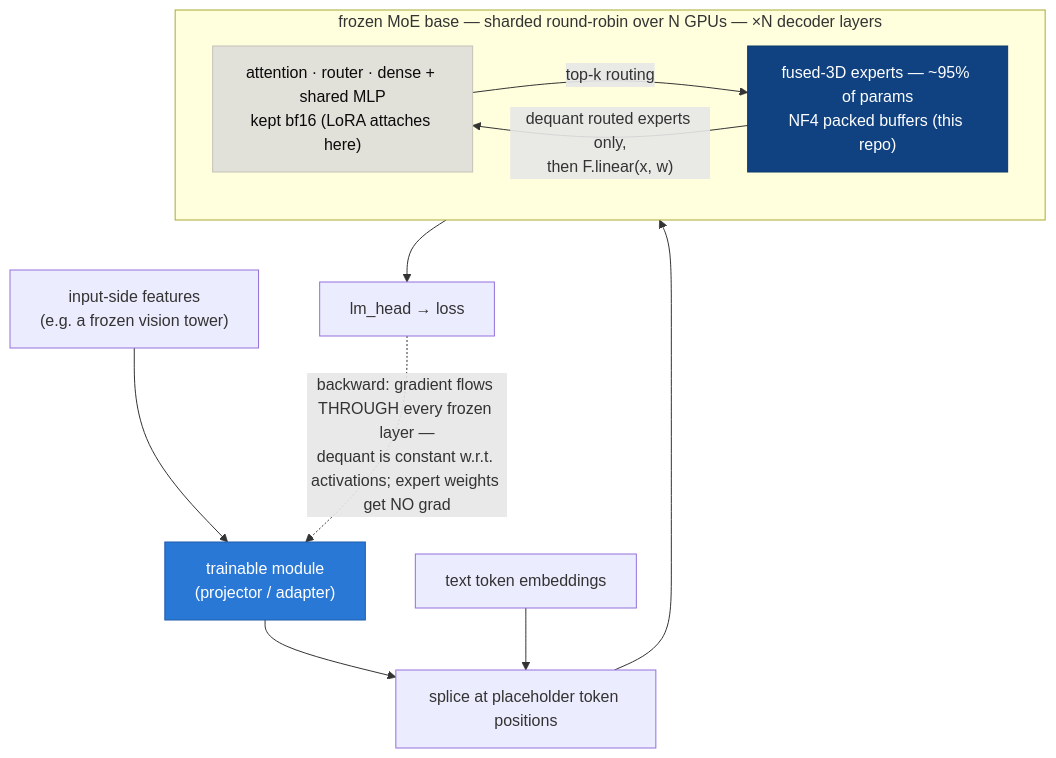
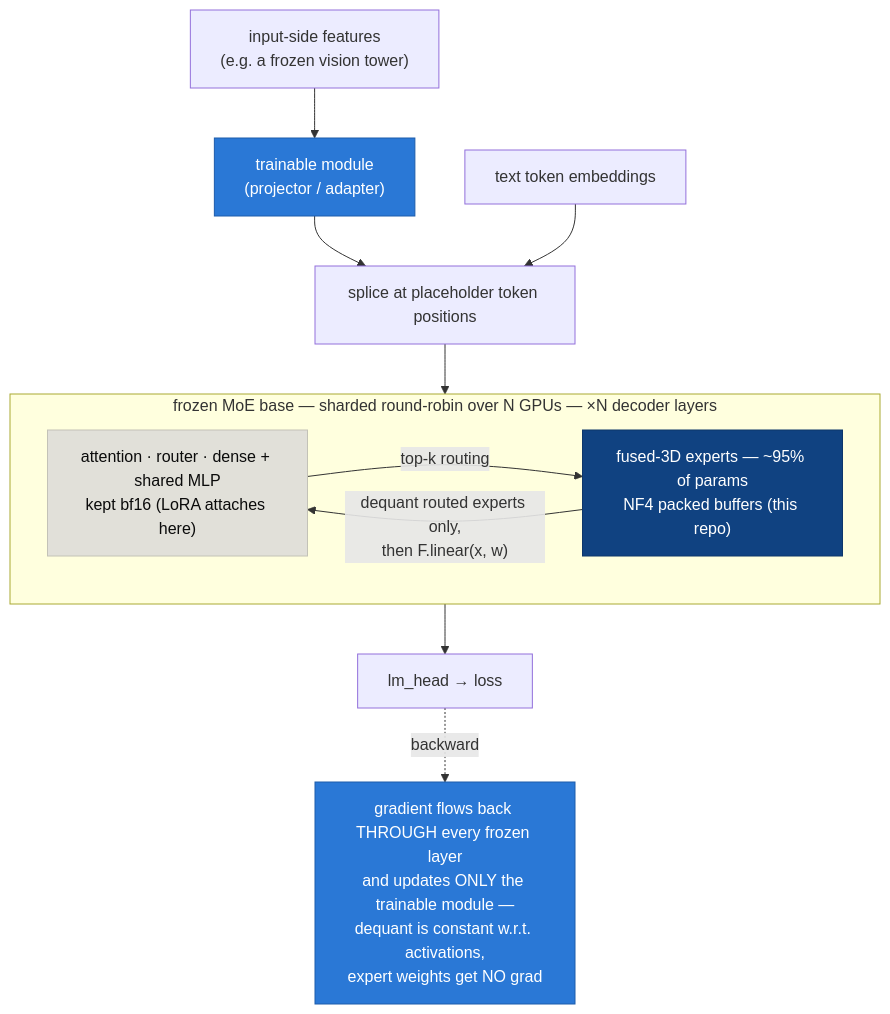
One commit to genonai/nf4moe changed the diagram in README.md. Above: the diagram before and after it, drawn with Mermaid.

Commit message:
README: acyclic diagram layout — backward as a terminal note node so forward reads top-down

````diff
--- a/README.md
+++ b/README.md
@@ -29,23 +29,23 @@
 ```mermaid
 flowchart TB
     VIS["input-side features<br/>(e.g. a frozen vision tower)"] --> PROJ["trainable module<br/>(projector / adapter)"]
     PROJ --> SPL["splice at placeholder token positions"]
     TXT["text token embeddings"] --> SPL
     SPL --> NE
     subgraph BASE["frozen MoE base — sharded round-robin over N GPUs — ×N decoder layers"]
         direction LR
         NE["attention · router · dense + shared MLP<br/>kept bf16 (LoRA attaches here)"]
         EX["fused-3D experts — ~95% of params<br/>NF4 packed buffers (this repo)"]
         NE -- "top-k routing" --> EX
         EX -- "dequant routed experts only,<br/>then F.linear(x, w)" --> NE
     end
     NE --> HEAD["lm_head → loss"]
-    HEAD -. "backward: gradient flows THROUGH every frozen layer —<br/>dequant is constant w.r.t. activations; expert weights get NO grad" .-> PROJ
+    HEAD -. "backward" .-> BWD["gradient flows back THROUGH every frozen layer<br/>and updates ONLY the trainable module —<br/>dequant is constant w.r.t. activations,<br/>expert weights get NO grad"]
 
     classDef trained fill:#2a78d6,stroke:#1c5cab,color:#ffffff
     classDef frozenbf fill:#e1e0d9,stroke:#c3c2b7,color:#0b0b0b
     classDef frozennf4 fill:#104281,stroke:#0d366b,color:#ffffff
-    class PROJ trained
+    class PROJ,BWD trained
     class NE frozenbf
     class EX frozennf4
 ```
````
